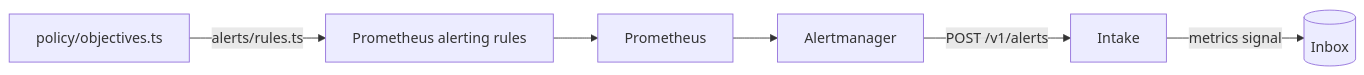
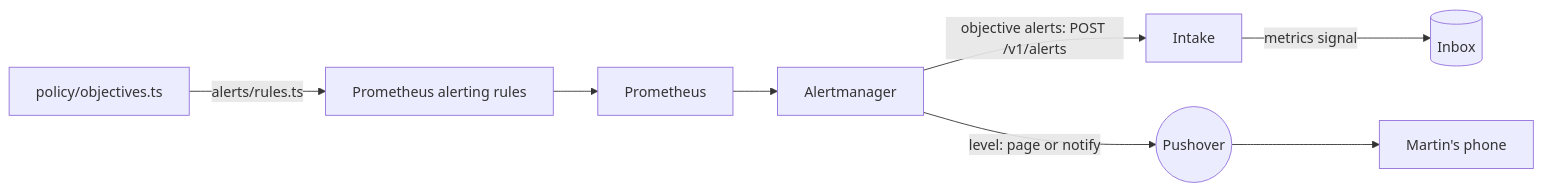
One commit to mrogan/cv-software-factory changed the diagram in docs/COMPONENTS/ALERTING.md. Above: the diagram before and after it, drawn with Mermaid. The commit also changed other lines of this file and 9 other files, not shown here.

````diff
--- a/docs/COMPONENTS/ALERTING.md
+++ b/docs/COMPONENTS/ALERTING.md
@@ -7,8 +8,9 @@
 ```mermaid
 flowchart LR
   objectives["policy/objectives.ts"] -- alerts/rules.ts --> rules[Prometheus alerting rules]
   rules --> prometheus[Prometheus]
   prometheus --> alertmanager[Alertmanager]
-  alertmanager -- "POST /v1/alerts" --> intake[Intake]
+  alertmanager -- "objective alerts: POST /v1/alerts" --> intake[Intake]
   intake -- metrics signal --> inbox[(Inbox)]
+  alertmanager -- "level: page or notify" --> pushover((Pushover)) --> phone[Martin's phone]
 ```
````
